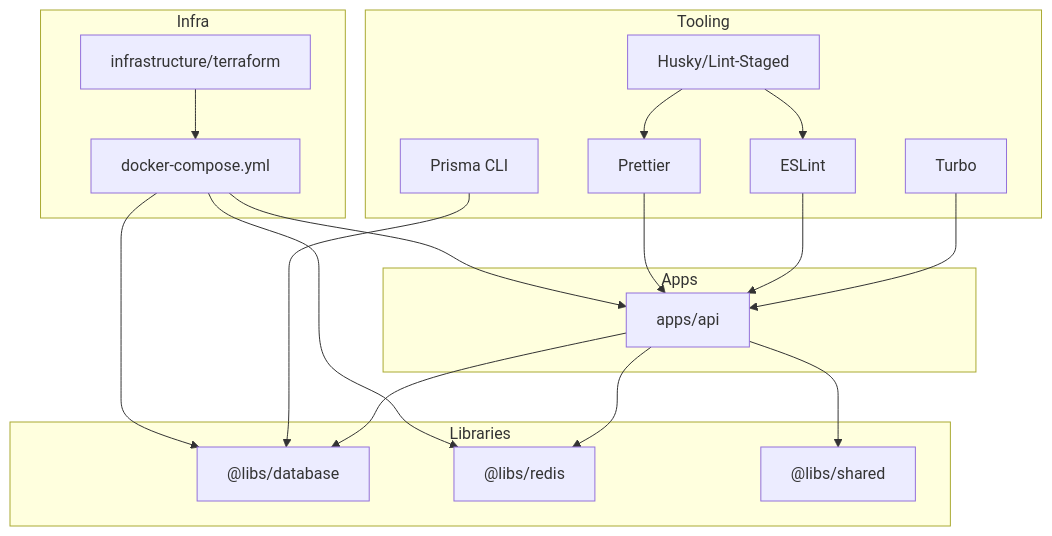
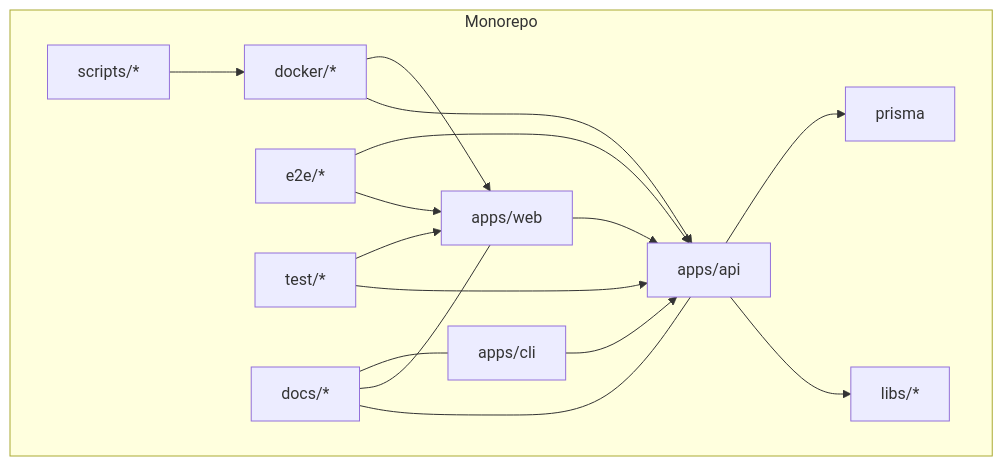
Before and after one commit to BAS-More/Quiz2Biz: the first of 8 diagrams in .qoder/repowiki/en/content/Development Guidelines.md, drawn with Mermaid. The commit also changed other lines of this file and 191 other files, not shown here.

````diff
--- a/.qoder/repowiki/en/content/Development Guidelines.md
+++ b/.qoder/repowiki/en/content/Development Guidelines.md
@@ -52,35 +333,29 @@
 ```mermaid
 graph TB
-subgraph "Apps"
-API["apps/api"]
+subgraph "Monorepo"
+A_API["apps/api"]
+A_WEB["apps/web"]
+A_CLI["apps/cli"]
+L_LIBS["libs/*"]
+PRISMA["prisma"]
+DOCKER["docker/*"]
+SCRIPTS["scripts/*"]
+E2E["e2e/*"]
+TESTS["test/*"]
+DOCS["docs/*"]
 end
-subgraph "Libraries"
-DB["@libs/database"]
-RDS["@libs/redis"]
-SHD["@libs/shared"]
-end
-subgraph "Tooling"
-ESL["ESLint"]
-PRET["Prettier"]
-TURBO["Turbo"]
-HUSKY["Husky/Lint-Staged"]
-PRISMA["Prisma CLI"]
-end
-subgraph "Infra"
-DOCKER["docker-compose.yml"]
-TF["infrastructure/terraform"]
-end
-API --> DB
-API --> RDS
-API --> SHD
-TURBO --> API
-ESL --> API
-PRET --> API
-HUSKY --> ESL
-HUSKY --> PRET
-PRISMA --> DB
-DOCKER --> API
-DOCKER --> DB
-DOCKER --> RDS
-TF --> DOCKER
+A_API --> L_LIBS
+A_API --> PRISMA
+A_WEB --> A_API
+A_CLI --> A_API
+DOCKER --> A_API
+DOCKER --> A_WEB
+SCRIPTS --> DOCKER
+E2E --> A_WEB
+E2E --> A_API
+TESTS --> A_API
+TESTS --> A_WEB
+DOCS --- A_API
+DOCS --- A_WEB
+DOCS --- A_CLI
 ```
````
